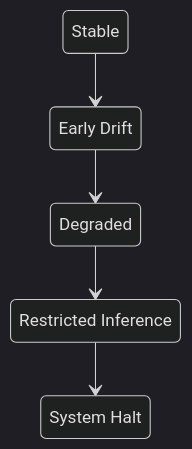
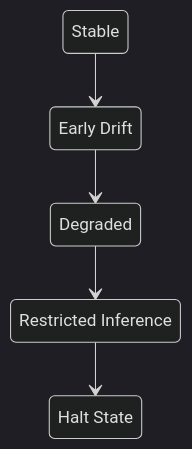
The fourth of 5 diagrams in README.md (GeneralSergal/ORP), drawn with Mermaid (dark theme) before and after one commit. The commit also changed other lines of this file, not shown here.

````diff
--- a/README.md
+++ b/README.md
@@ -267,13 +86,13 @@
 ```mermaid
 stateDiagram-v2
     GREEN --> YELLOW
     YELLOW --> ORANGE
     ORANGE --> RED
     RED --> BLACK
 
     GREEN: Stable
     YELLOW: Early Drift
     ORANGE: Degraded
     RED: Restricted Inference
-    BLACK: System Halt
+    BLACK: Halt State
 ```
````
